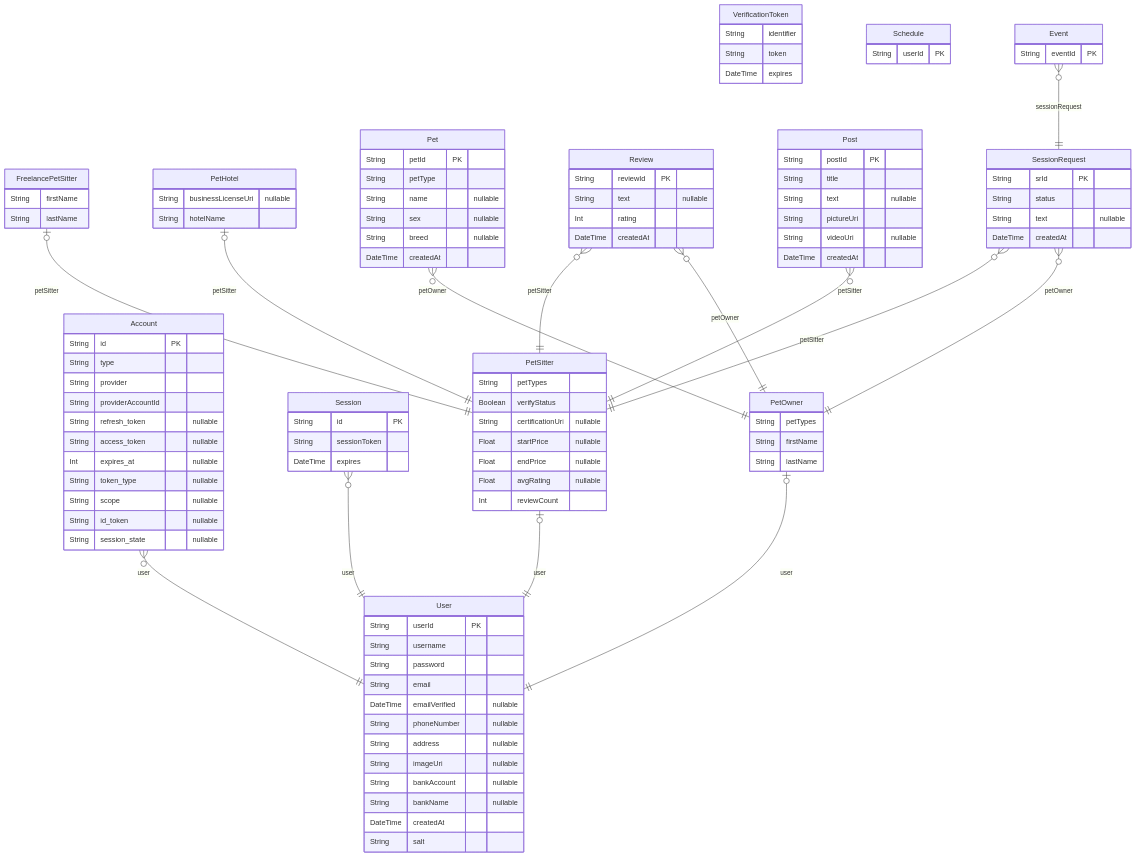
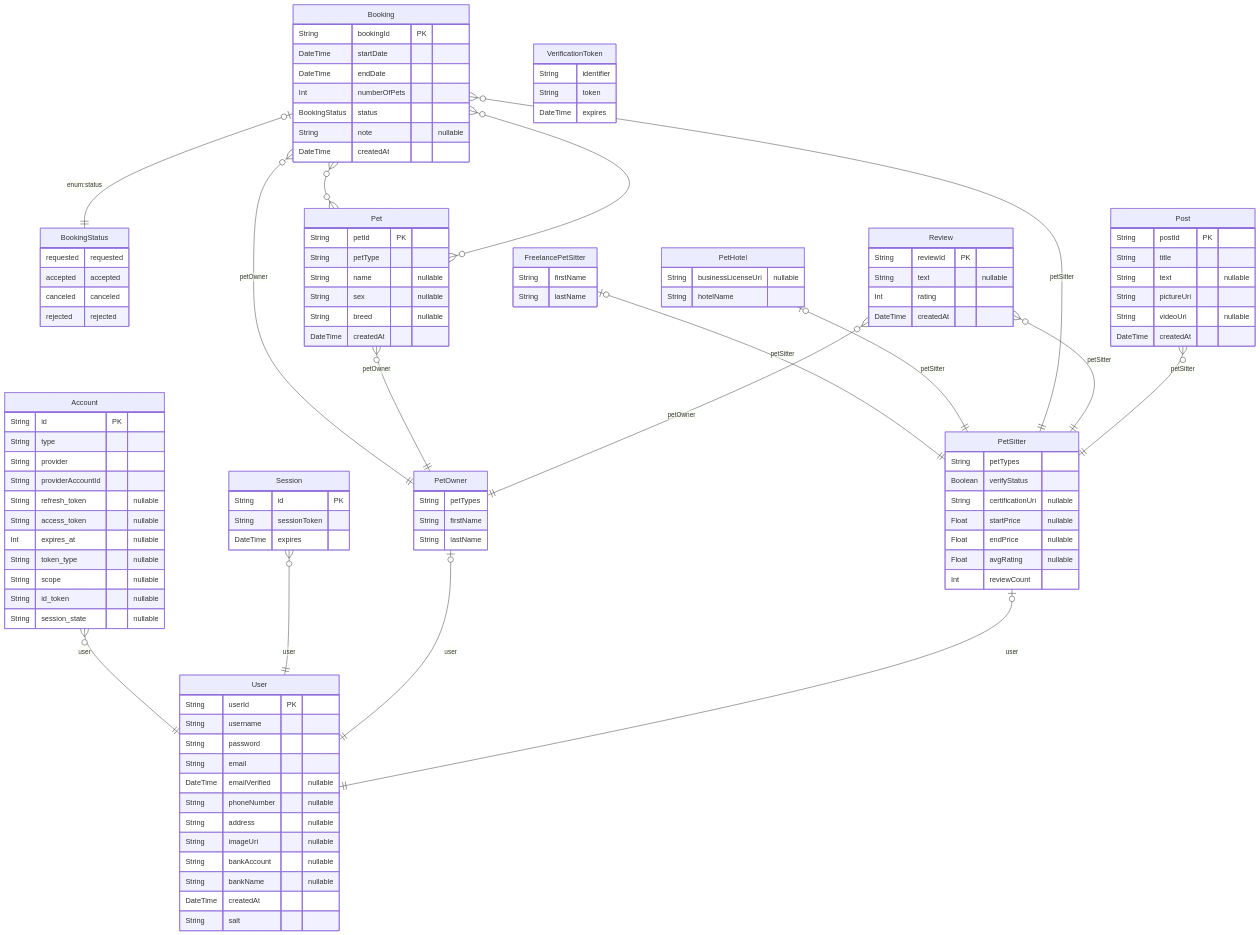
Before and after one commit to 2110336-2565-2/sec33-group2-wigglepaw: the diagram in docs/erd.md, drawn with Mermaid. The commit also changed 2 other files, not shown here.

Commit message:
pnpm install after dev merge commit

````diff
--- a/docs/erd.md
+++ b/docs/erd.md
@@ -1,6 +1,13 @@
 ```mermaid
 erDiagram
 
+        BookingStatus {
+            requested requested
+accepted accepted
+canceled canceled
+rejected rejected
+        }
+    
   Account {
     String id PK 
     String type  
@@ -69,6 +76,17 @@
     }
   
 
+  Booking {
+    String bookingId PK 
+    DateTime startDate  
+    DateTime endDate  
+    Int numberOfPets  
+    BookingStatus status  
+    String note  "nullable"
+    DateTime createdAt  
+    }
+  
+
   Pet {
     String petId PK 
     String petType  
@@ -103,35 +121,19 @@
     DateTime createdAt  
     }
   
-
-  SessionRequest {
-    String srId PK 
-    String status  
-    String text  "nullable"
-    DateTime createdAt  
-    }
-  
-
-  Schedule {
-    String userId PK 
-    }
-  
-
-  Event {
-    String eventId PK 
-    }
-  
     Account o{--|| User : "user"
     Session o{--|| User : "user"
     PetOwner o|--|| User : "user"
     PetSitter o|--|| User : "user"
     FreelancePetSitter o|--|| PetSitter : "petSitter"
     PetHotel o|--|| PetSitter : "petSitter"
+    Booking o{--|| PetOwner : "petOwner"
+    Booking o{--|| PetSitter : "petSitter"
+    Booking o{--}o Pet : ""
+    Booking o|--|| BookingStatus : "enum:status"
     Pet o{--|| PetOwner : "petOwner"
+    Pet o{--}o Booking : ""
     Review o{--|| PetOwner : "petOwner"
     Review o{--|| PetSitter : "petSitter"
     Post o{--|| PetSitter : "petSitter"
-    SessionRequest o{--|| PetOwner : "petOwner"
-    SessionRequest o{--|| PetSitter : "petSitter"
-    Event o{--|| SessionRequest : "sessionRequest"
 ```
````
